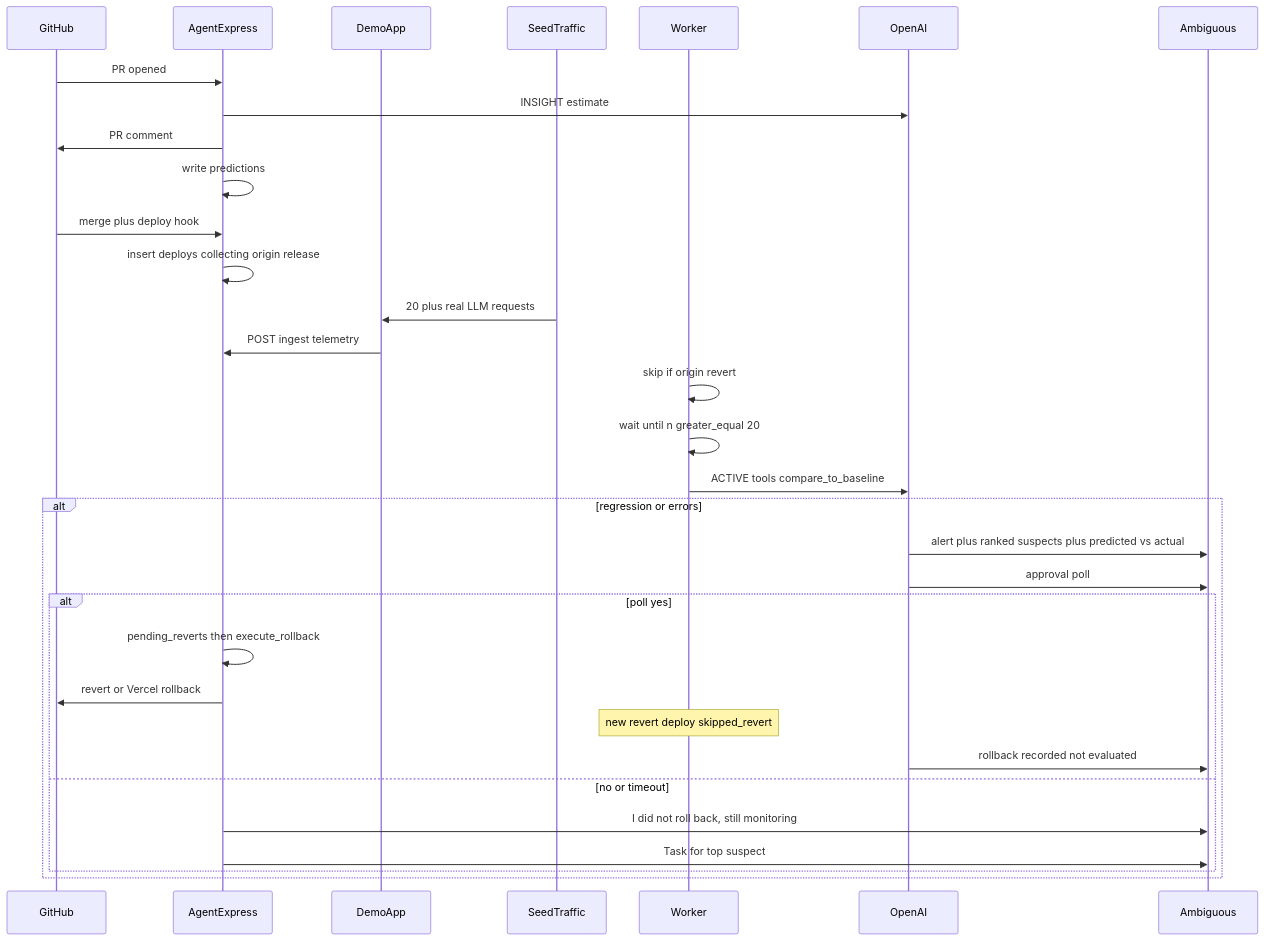
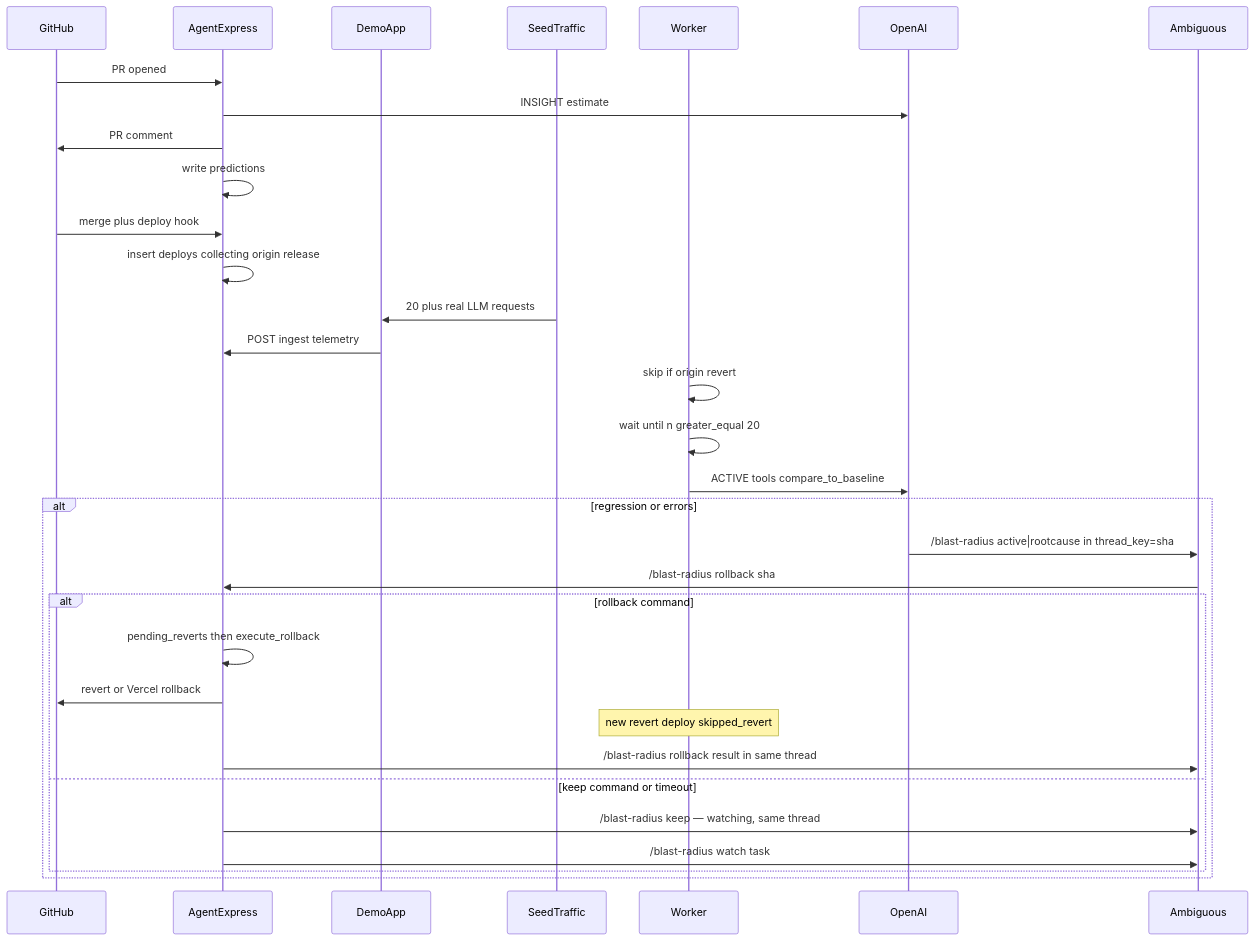
Before and after one commit to mehmetyz/blast-radius: the diagram in SPEC.md, drawn with Mermaid. The commit also changed other lines of this file and 3 other files, not shown here.

Commit message:
Write each decision to Blast Radius Ledger and a dated postmortem, and provision the Ambiguous agent.

````diff
--- a/SPEC.md
+++ b/SPEC.md
@@ -124,37 +125,37 @@
 ```mermaid
 sequenceDiagram
   participant GH as GitHub
   participant Agent as AgentExpress
   participant Demo as DemoApp
   participant Seed as SeedTraffic
   participant Worker as Worker
   participant LLM as OpenAI
   participant Am as Ambiguous
 
   GH->>Agent: PR opened
   Agent->>LLM: INSIGHT estimate
   Agent->>GH: PR comment
   Agent->>Agent: write predictions
 
   GH->>Agent: merge plus deploy hook
   Agent->>Agent: insert deploys collecting origin release
 
   Seed->>Demo: 20 plus real LLM requests
   Demo->>Agent: POST ingest telemetry
   Worker->>Worker: skip if origin revert
   Worker->>Worker: wait until n greater_equal 20
   Worker->>LLM: ACTIVE tools compare_to_baseline
   alt regression or errors
-    LLM->>Am: alert plus ranked suspects plus predicted vs actual
-    LLM->>Am: approval poll
-    alt poll yes
+    LLM->>Am: /blast-radius active|rootcause in thread_key=sha
+    Am->>Agent: /blast-radius rollback sha
+    alt rollback command
       Agent->>Agent: pending_reverts then execute_rollback
       Agent->>GH: revert or Vercel rollback
       Note over Worker: new revert deploy skipped_revert
-      LLM->>Am: rollback recorded not evaluated
-    else no or timeout
-      Agent->>Am: I did not roll back, still monitoring
-      Agent->>Am: Task for top suspect
+      Agent->>Am: /blast-radius rollback result in same thread
+    else keep command or timeout
+      Agent->>Am: /blast-radius keep — watching, same thread
+      Agent->>Am: /blast-radius watch task
     end
   end
 ```
````
